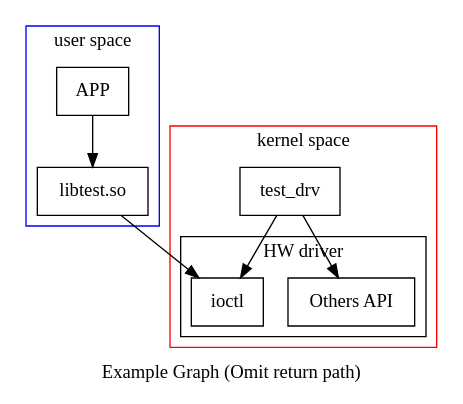
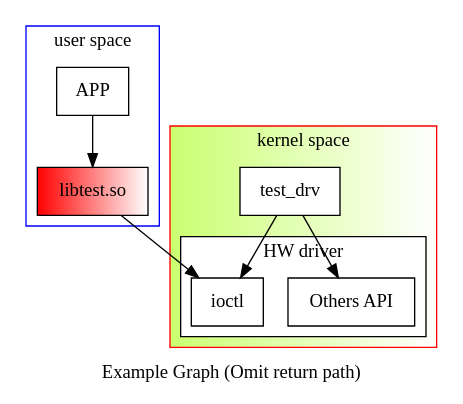
The diagram in GraphViz/drv.gv (cwz0522/snippets), drawn with Graphviz before and after one commit. The commit also changed 1 other file, not shown here.

```diff
--- a/GraphViz/drv.gv
+++ b/GraphViz/drv.gv
@@ -1,36 +1,38 @@
 digraph {
 #	graph [dpi=300] #equivalent to -Gdpi=300 in CLI
 	node [shape=box]				# set node's default attrs
 	#	concentrate=true 			# merge A->B, B->A
 	label="Example Graph (Omit return path)" 	# http://www.graphviz.org/doc/info/attrs.html
 
 	subgraph cluster_0 {
 	label="user space"
 
 	color=blue 					# border color,	https://www.graphviz.org/doc/info/colors.html
 	APP [label="APP"];
-	"libtest.so" [label="libtest.so"];
+	"libtest.so" [label="libtest.so", style=filled, fillcolor="red:white"];
 	}
 
 	subgraph cluster_1 {
+	graph [style=filled, fillcolor="darkolivegreen1:white"];
 	label="kernel space"
 	color=red 					# border color
-	test_drv [label="test_drv"];
+	test_drv [label="test_drv",style=filled, fillcolor="white"];
 		subgraph cluster_2 {
+		graph [style=filled, fillcolor="white"];
 		color=black 				# revert to original border color
 		label="HW driver"
 		ioctl [label="ioctl"];
 		Others [label="Others API"];
 		}
 	}
 
 
 	test_drv -> ioctl 		#[dir="both"]
 	APP -> "libtest.so" -> ioctl 	#[dir="both"]
 	test_drv -> Others 		#[dir="both"]
 #	test_drv:n -> Others:e 		#[dir="both"]	# ==> test node's position, n e s w
 
 
 #	{ rank=same; APP, test_drv }
 
 }
```
